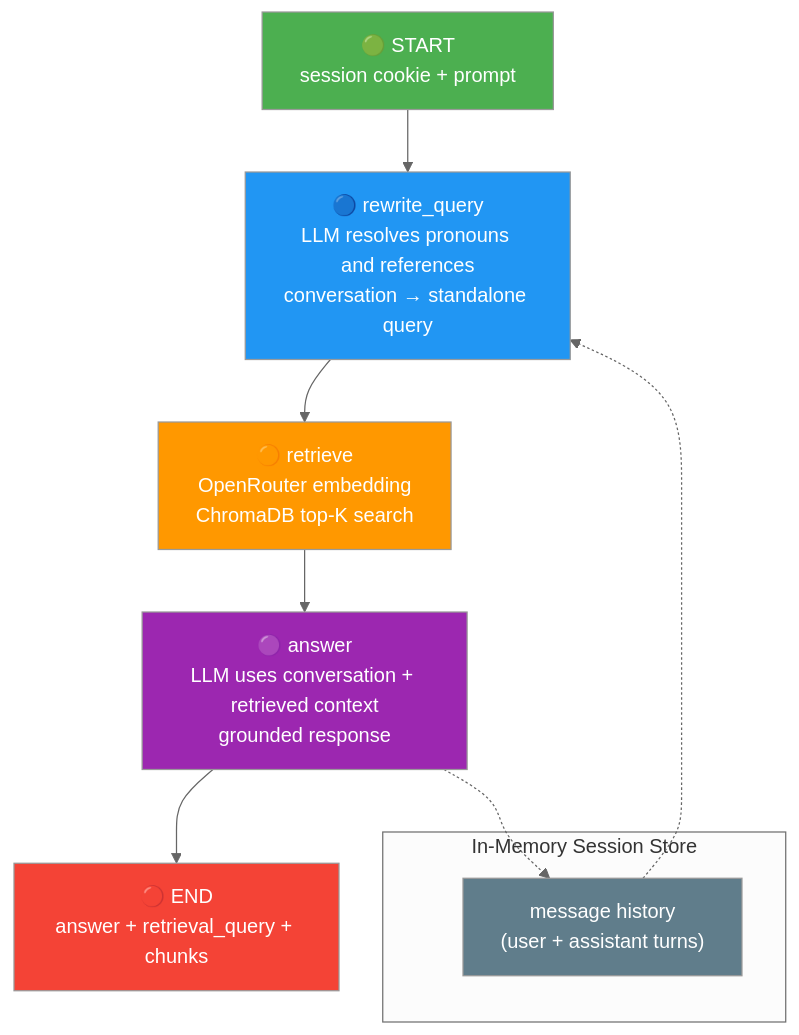
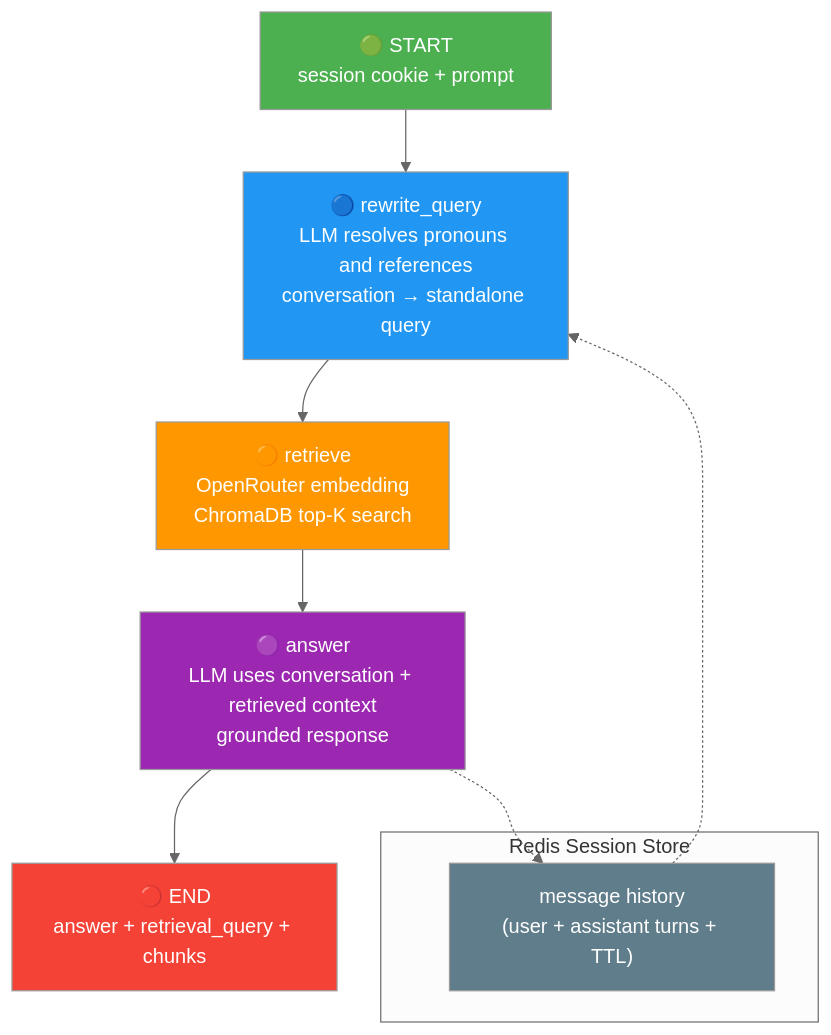
Before and after one commit to dooa-ansari/personal-knowledge-graph-LLM: the second of 2 diagrams in README.md, drawn with Mermaid (neutral theme). The commit also changed other lines of this file and 4 other files, not shown here.

````diff
--- a/README.md
+++ b/README.md
@@ -210,21 +230,21 @@
 ```mermaid
 flowchart TD
     Start["🟢 START<br/>session cookie + prompt"] --> Rewrite["🔵 rewrite_query<br/>LLM resolves pronouns and references<br/>conversation → standalone query"]
     Rewrite --> Retrieve["🟠 retrieve<br/>OpenRouter embedding<br/>ChromaDB top-K search"]
     Retrieve --> Answer["🟣 answer<br/>LLM uses conversation + retrieved context<br/>grounded response"]
     Answer --> End["🔴 END<br/>answer + retrieval_query + chunks"]
 
-    subgraph Memory["In-Memory Session Store"]
-        State["message history<br/>(user + assistant turns)"]
+    subgraph Memory["Redis Session Store"]
+        State["message history<br/>(user + assistant turns + TTL)"]
     end
 
     State -.-> Rewrite
     Answer -.-> State
 
     style Start fill:#4CAF50,color:#fff
     style Rewrite fill:#2196F3,color:#fff
     style Retrieve fill:#FF9800,color:#fff
     style Answer fill:#9C27B0,color:#fff
     style End fill:#F44336,color:#fff
     style State fill:#607D8B,color:#fff
 ```
````
